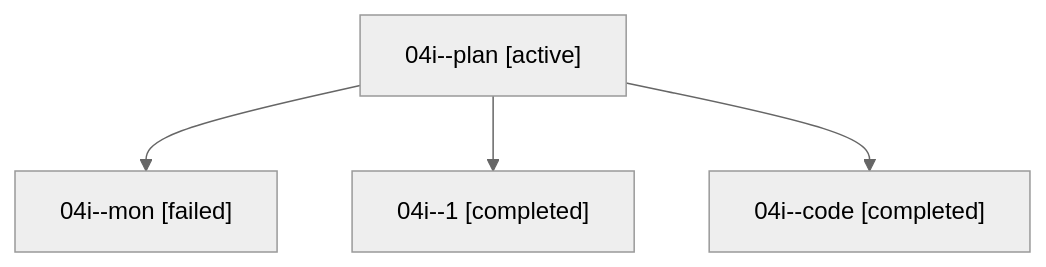
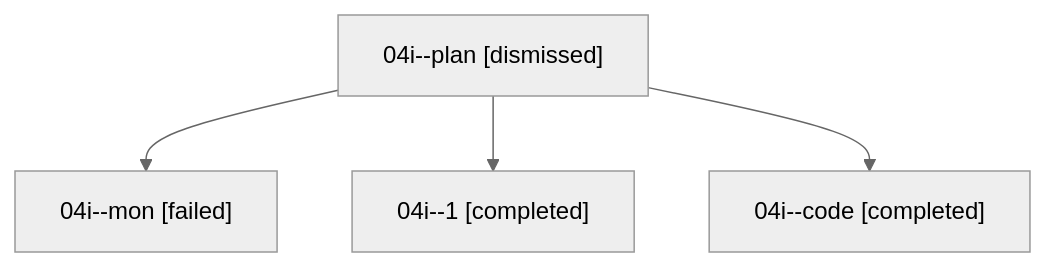
The diagram in sessions/bbugyi200.athena.04i.md (sase-org/sase--agents), drawn with Mermaid (neutral theme) before and after one commit. The commit also changed other lines of this file and 22 other files, not shown here.

````diff
--- a/sessions/bbugyi200.athena.04i.md
+++ b/sessions/bbugyi200.athena.04i.md
@@ -9,10 +9,10 @@
 ```mermaid
 flowchart TD
-  n0["04i--plan [active]"]
+  n0["04i--plan [dismissed]"]
   n1["04i--mon [failed]"]
   n0 --> n1
   n2["04i--1 [completed]"]
   n0 --> n2
   n3["04i--code [completed]"]
   n0 --> n3
 ```
````
